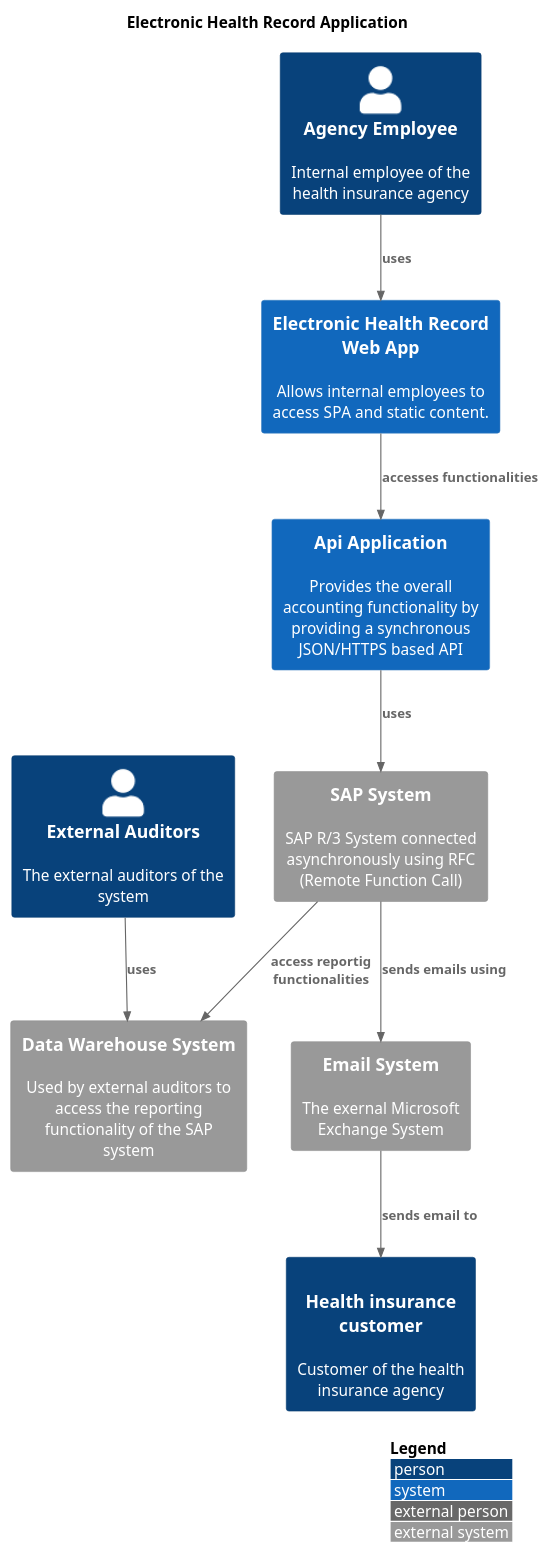
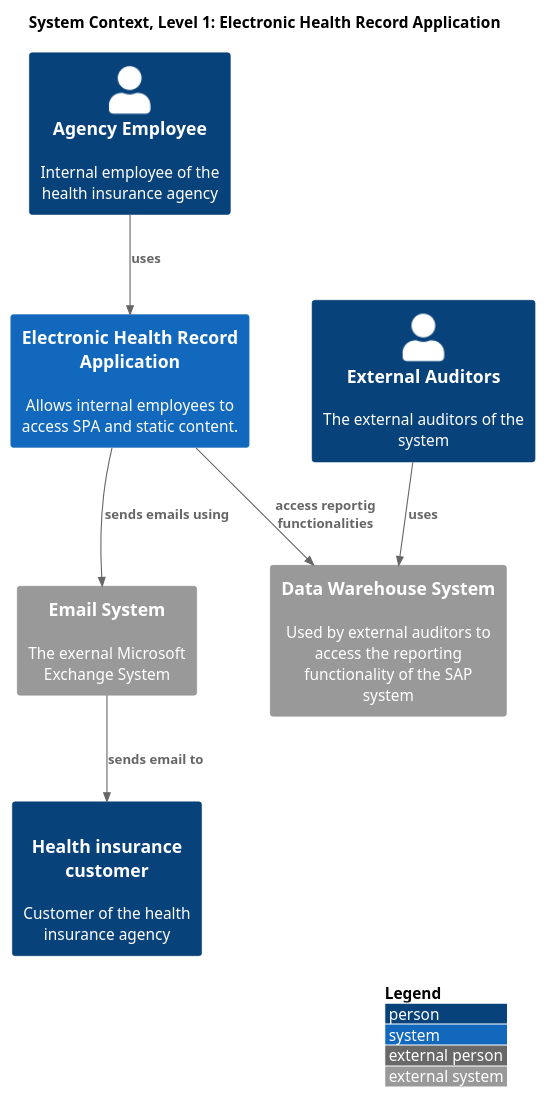
Before and after one commit to patricpoba/msem-sw.arch-c4-model-assignment: the diagram in level-1_system-context.puml, drawn with PlantUML. The commit also changed 3 other files, not shown here.

Commit message:
rework level 1 diagram

```diff
--- a/level-1_system-context.puml
+++ b/level-1_system-context.puml
@@ -1,34 +1,31 @@
 @startuml
 !include https://raw.githubusercontent.com/plantuml-stdlib/C4-PlantUML/master/C4_Context.puml
 
 LAYOUT_WITH_LEGEND()
 
-title Electronic Health Record Application
+title System Context, Level 1: Electronic Health Record Application
 
+Person(employee, "Agency Employee", "Internal employee of the health insurance agency")
 Person(customer, "Health insurance customer", "Customer of the health insurance agency", "user")
-Person(employee, "Agency Employee", "Internal employee of the health insurance agency")
 Person(auditor, "External Auditors", "The external auditors of the system")
 
-System(webApp, "Electronic Health Record Web App", "Allows internal employees to access SPA and static content.")
+System(app, "Electronic Health Record Application", "Allows internal employees to access SPA and static content.")
 
-System(apiServer, "Api Application", "Provides the overall accounting functionality by providing a synchronous JSON/HTTPS based API")
+' System(apiServer, "Api Application", "Provides the overall accounting functionality by providing a synchronous JSON/HTTPS based API")
 
 System_Ext(emailSystem, "Email System", "The exernal Microsoft Exchange System")
 System_Ext(dataWHS, "Data Warehouse System", "Used by external auditors to access the reporting functionality of the SAP system")
-System_Ext(sapSystem, "SAP System", "SAP R/3 System connected asynchronously using RFC (Remote Function Call)")
+' System_Ext(sapSystem, "SAP System", "SAP R/3 System connected asynchronously using RFC (Remote Function Call)")
 
-Rel(employee, webApp, "uses")
-Rel(webApp, apiServer, "accesses functionalities")
-Rel(sapSystem, emailSystem, "sends emails using")
+Rel(employee, app, "uses")
+' Rel(app, apiServer, "accesses functionalities")
+Rel(app, emailSystem, "sends emails using")
 Rel(emailSystem, customer, "sends email to")
-Rel(sapSystem, dataWHS, "access reportig functionalities")
-Rel(apiServer, sapSystem, "uses")
-' Rel(customer, webApp, "uses")
+Rel(app, dataWHS, "access reportig functionalities")
+' Rel(apiServer, sapSystem, "uses")
+' Rel(customer, app, "uses")
 Rel(auditor, dataWHS, "uses")
 
-
-
-
-
+ 
 
 @enduml
```
